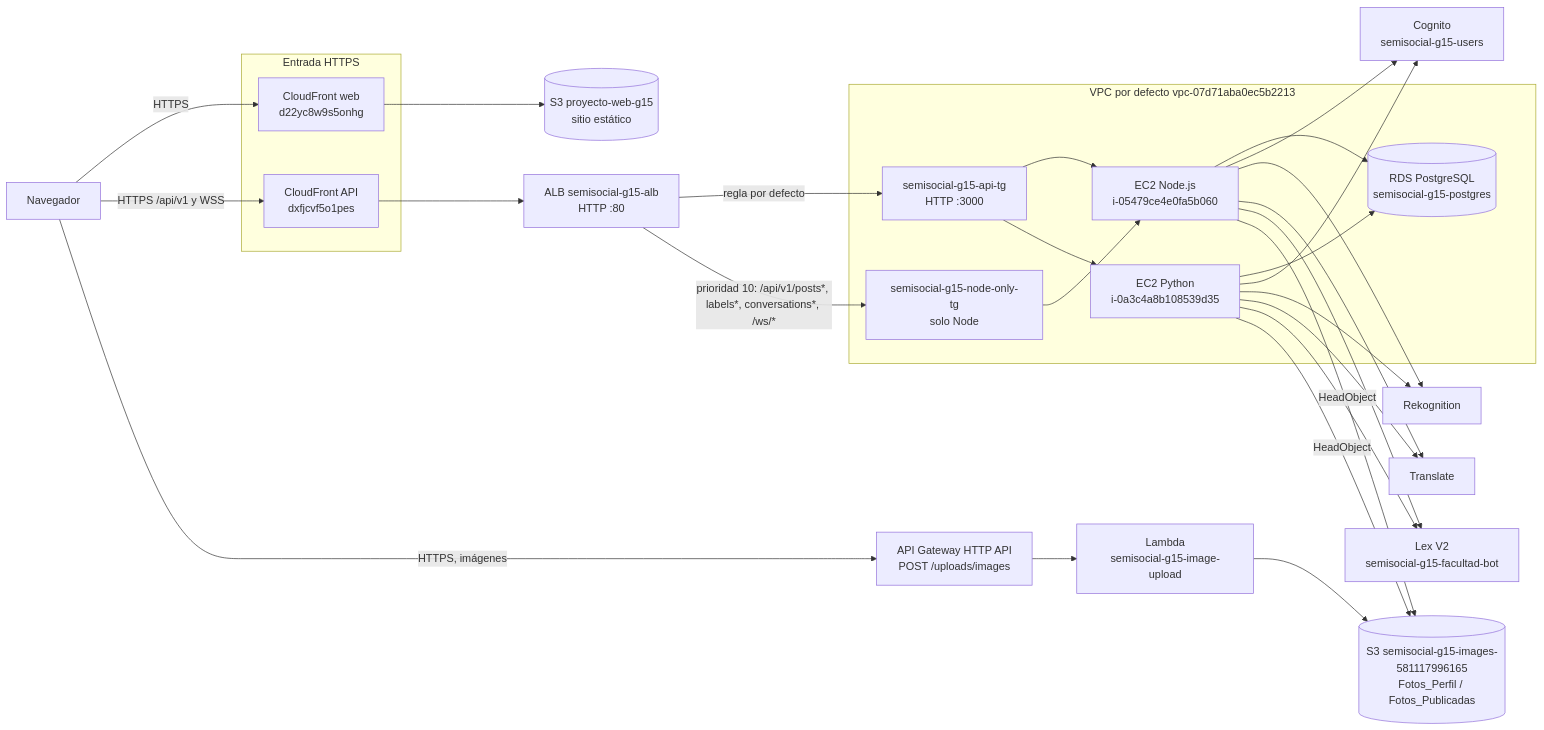
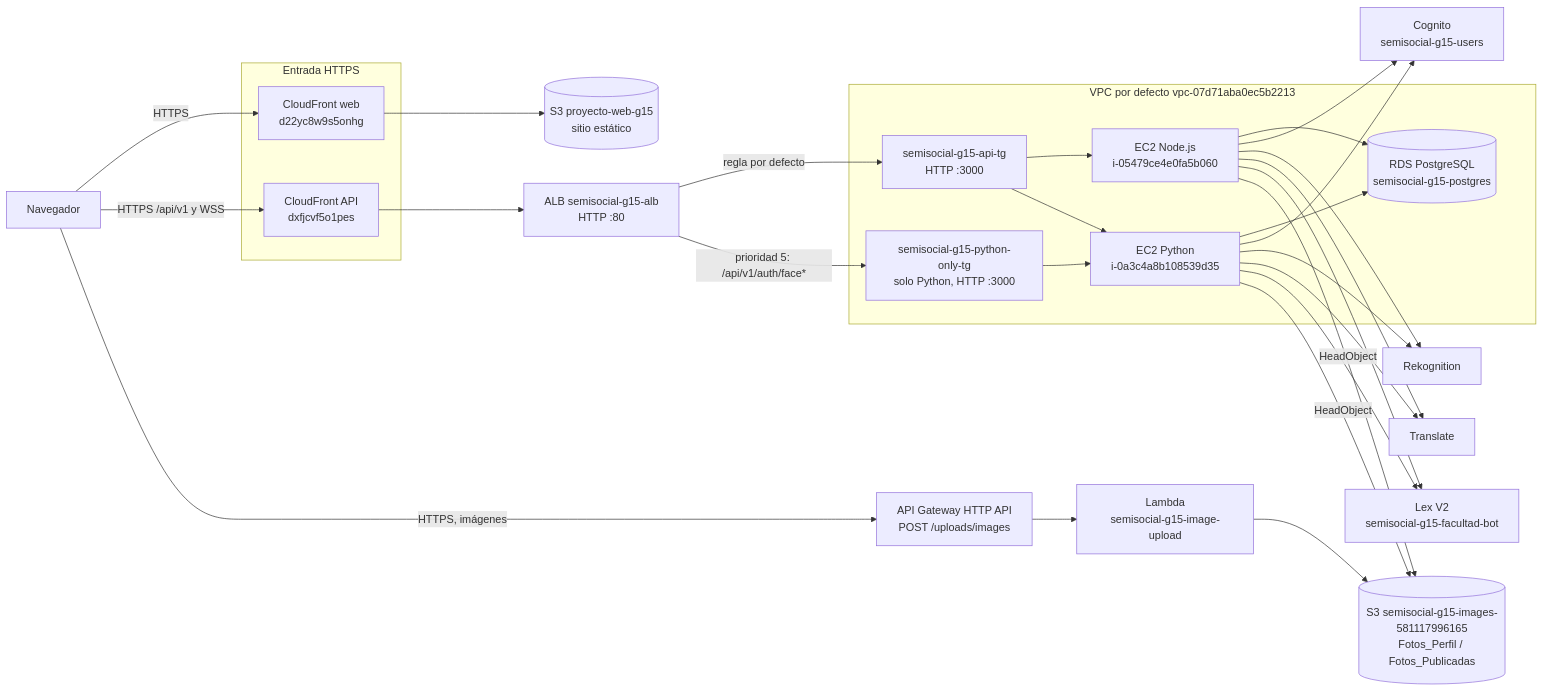
Before and after one commit to ipatzantzic19/SEMINARIO1_A_2S2026_G15: the diagram in Proyecto_1/README.md, drawn with Mermaid. The commit also changed other lines of this file and 7 other files, not shown here.

Commit message:
docs: record Python facial login verification and ALB routing changes

````diff
--- a/Proyecto_1/README.md
+++ b/Proyecto_1/README.md
@@ -134,45 +137,45 @@
 ```mermaid
 flowchart LR
   U[Navegador]
   subgraph Edge[Entrada HTTPS]
     CFW[CloudFront web<br/>d22yc8w9s5onhg]
     CFA[CloudFront API<br/>dxfjcvf5o1pes]
   end
   S3W[(S3 proyecto-web-g15<br/>sitio estático)]
   ALB[ALB semisocial-g15-alb<br/>HTTP :80]
   subgraph VPC[VPC por defecto vpc-07d71aba0ec5b2213]
     TG[semisocial-g15-api-tg<br/>HTTP :3000]
-    TGN[semisocial-g15-node-only-tg<br/>solo Node]
+    TGP[semisocial-g15-python-only-tg<br/>solo Python, HTTP :3000]
     EN[EC2 Node.js<br/>i-05479ce4e0fa5b060]
     EP[EC2 Python<br/>i-0a3c4a8b108539d35]
     RDS[(RDS PostgreSQL<br/>semisocial-g15-postgres)]
   end
   APIGW[API Gateway HTTP API<br/>POST /uploads/images]
   LMB[Lambda<br/>semisocial-g15-image-upload]
   S3I[(S3 semisocial-g15-images-581117996165<br/>Fotos_Perfil / Fotos_Publicadas)]
   COG[Cognito<br/>semisocial-g15-users]
   REK[Rekognition]
   TRA[Translate]
   LEX[Lex V2<br/>semisocial-g15-facultad-bot]
 
   U -->|HTTPS| CFW --> S3W
   U -->|HTTPS /api/v1 y WSS| CFA --> ALB
   ALB -->|regla por defecto| TG
   TG --> EN
   TG --> EP
-  ALB -->|prioridad 10: /api/v1/posts*, labels*, conversations*, /ws/*| TGN
-  TGN --> EN
+  ALB -->|prioridad 5: /api/v1/auth/face*| TGP
+  TGP --> EP
   EN --> RDS
   EP --> RDS
   U -->|HTTPS, imágenes| APIGW --> LMB --> S3I
   EN --> COG
   EP --> COG
   EN --> REK
   EP --> REK
   EN --> TRA
   EP --> TRA
   EN --> LEX
   EP --> LEX
   EN -->|HeadObject| S3I
   EP -->|HeadObject| S3I
 ```
````
